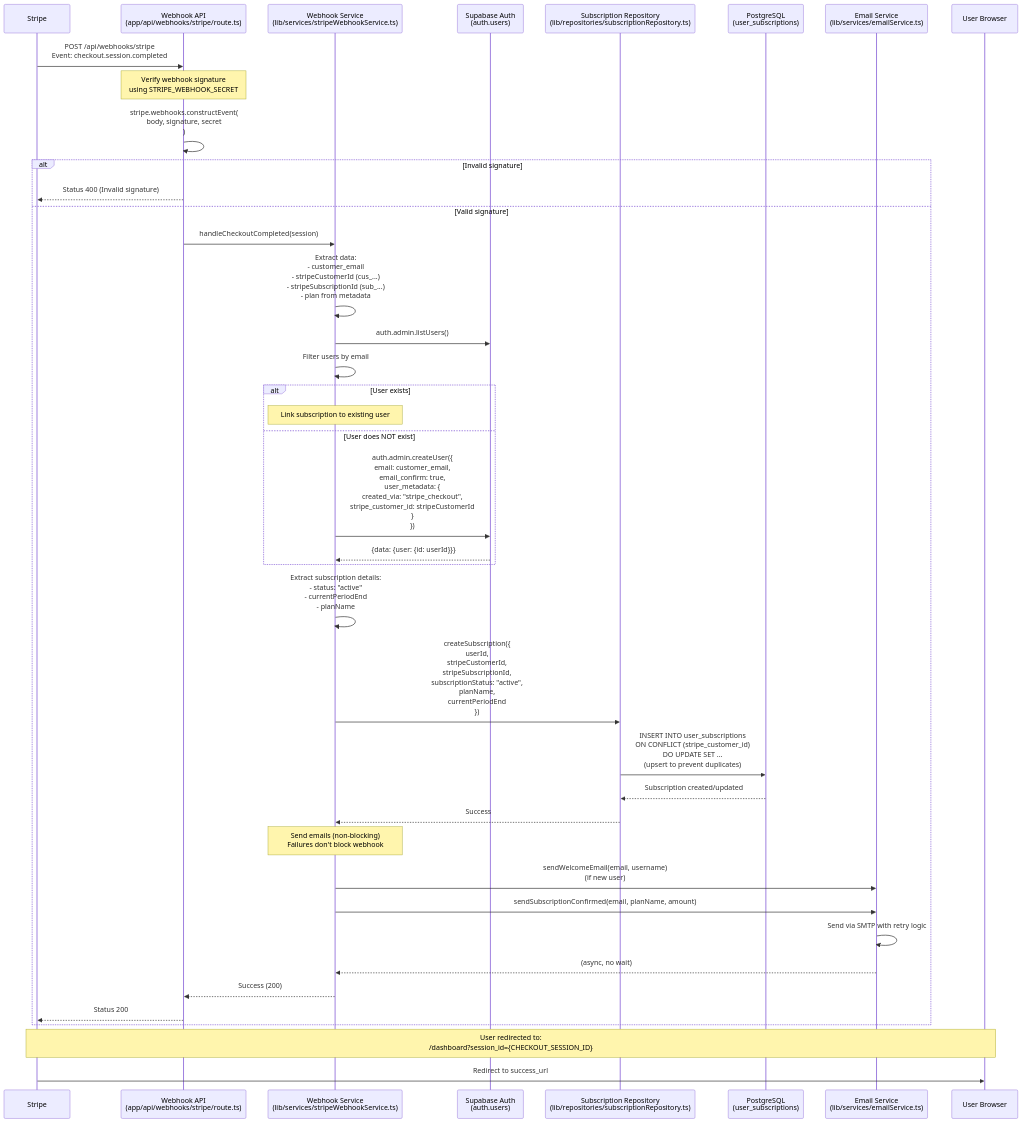
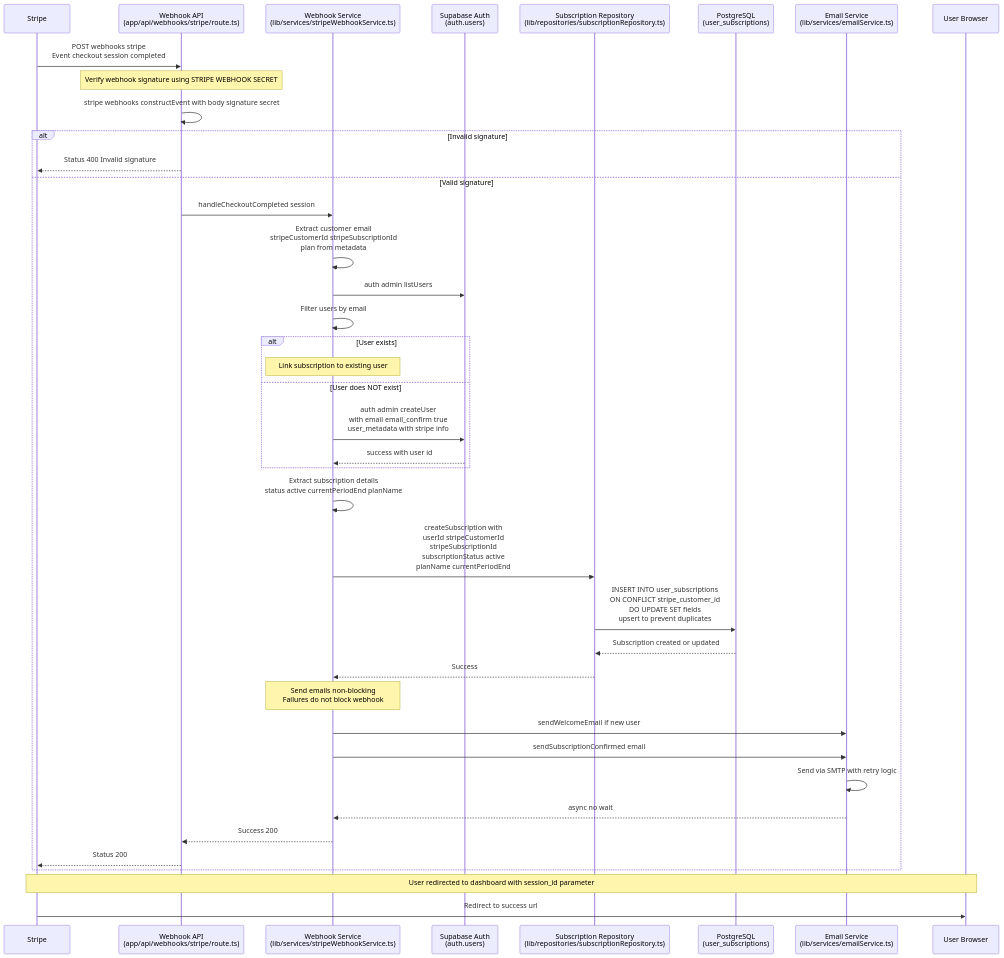
Before and after one commit to daniarthurwidodo/next-crm: the fourth of 5 diagrams in docs/WORKFLOWS.md, drawn with Mermaid. The commit also changed other lines of this file, not shown here.

Commit message:
refactor(workflows): improve clarity and consistency in sequence diagrams for authentication and registration processes

````diff
--- a/docs/WORKFLOWS.md
+++ b/docs/WORKFLOWS.md
@@ -225,59 +225,59 @@
 ```mermaid
 sequenceDiagram
     participant Stripe as Stripe
     participant Webhook as Webhook API<br/>(app/api/webhooks/stripe/route.ts)
     participant Service as Webhook Service<br/>(lib/services/stripeWebhookService.ts)
     participant Supabase as Supabase Auth<br/>(auth.users)
     participant Repo as Subscription Repository<br/>(lib/repositories/subscriptionRepository.ts)
     participant DB as PostgreSQL<br/>(user_subscriptions)
     participant Email as Email Service<br/>(lib/services/emailService.ts)
     participant User as User Browser
 
-    Stripe->>Webhook: POST /api/webhooks/stripe<br/>Event: checkout.session.completed
+    Stripe->>Webhook: POST webhooks stripe<br/>Event checkout session completed
     
-    Note over Webhook: Verify webhook signature<br/>using STRIPE_WEBHOOK_SECRET
+    Note over Webhook: Verify webhook signature using STRIPE WEBHOOK SECRET
     
-    Webhook->>Webhook: stripe.webhooks.constructEvent(<br/>  body, signature, secret<br/>)
+    Webhook->>Webhook: stripe webhooks constructEvent with body signature secret
     
     alt Invalid signature
-        Webhook-->>Stripe: Status 400 (Invalid signature)
+        Webhook-->>Stripe: Status 400 Invalid signature
     else Valid signature
-        Webhook->>Service: handleCheckoutCompleted(session)
+        Webhook->>Service: handleCheckoutCompleted session
         
-        Service->>Service: Extract data:<br/>- customer_email<br/>- stripeCustomerId (cus_...)<br/>- stripeSubscriptionId (sub_...)<br/>- plan from metadata
+        Service->>Service: Extract customer email<br/>stripeCustomerId stripeSubscriptionId<br/>plan from metadata
         
-        Service->>Supabase: auth.admin.listUsers()
+        Service->>Supabase: auth admin listUsers
         Service->>Service: Filter users by email
         
         alt User exists
             Note over Service: Link subscription to existing user
         else User does NOT exist
-            Service->>Supabase: auth.admin.createUser({<br/>  email: customer_email,<br/>  email_confirm: true,<br/>  user_metadata: {<br/>    created_via: "stripe_checkout",<br/>    stripe_customer_id: stripeCustomerId<br/>  }<br/>})
-            Supabase-->>Service: {data: {user: {id: userId}}}
+            Service->>Supabase: auth admin createUser<br/>with email email_confirm true<br/>user_metadata with stripe info
+            Supabase-->>Service: success with user id
         end
         
-        Service->>Service: Extract subscription details:<br/>- status: "active"<br/>- currentPeriodEnd<br/>- planName
+        Service->>Service: Extract subscription details<br/>status active currentPeriodEnd planName
         
-        Service->>Repo: createSubscription({<br/>  userId,<br/>  stripeCustomerId,<br/>  stripeSubscriptionId,<br/>  subscriptionStatus: "active",<br/>  planName,<br/>  currentPeriodEnd<br/>})
+        Service->>Repo: createSubscription with<br/>userId stripeCustomerId<br/>stripeSubscriptionId<br/>subscriptionStatus active<br/>planName currentPeriodEnd
         
-        Repo->>DB: INSERT INTO user_subscriptions<br/>ON CONFLICT (stripe_customer_id)<br/>DO UPDATE SET ...<br/>(upsert to prevent duplicates)
+        Repo->>DB: INSERT INTO user_subscriptions<br/>ON CONFLICT stripe_customer_id<br/>DO UPDATE SET fields<br/>upsert to prevent duplicates
         
-        DB-->>Repo: Subscription created/updated
+        DB-->>Repo: Subscription created or updated
         Repo-->>Service: Success
         
-        Note over Service: Send emails (non-blocking)<br/>Failures don't block webhook
+        Note over Service: Send emails non-blocking<br/>Failures do not block webhook
         
-        Service->>Email: sendWelcomeEmail(email, username)<br/>(if new user)
-        Service->>Email: sendSubscriptionConfirmed(email, planName, amount)
+        Service->>Email: sendWelcomeEmail if new user
+        Service->>Email: sendSubscriptionConfirmed email
         
         Email->>Email: Send via SMTP with retry logic
-        Email-->>Service: (async, no wait)
+        Email-->>Service: async no wait
         
-        Service-->>Webhook: Success (200)
+        Service-->>Webhook: Success 200
         Webhook-->>Stripe: Status 200
     end
     
-    Note over Stripe,User: User redirected to:<br/>/dashboard?session_id={CHECKOUT_SESSION_ID}
+    Note over Stripe,User: User redirected to dashboard with session_id parameter
     
-    Stripe->>User: Redirect to success_url
+    Stripe->>User: Redirect to success url
 ```
````
